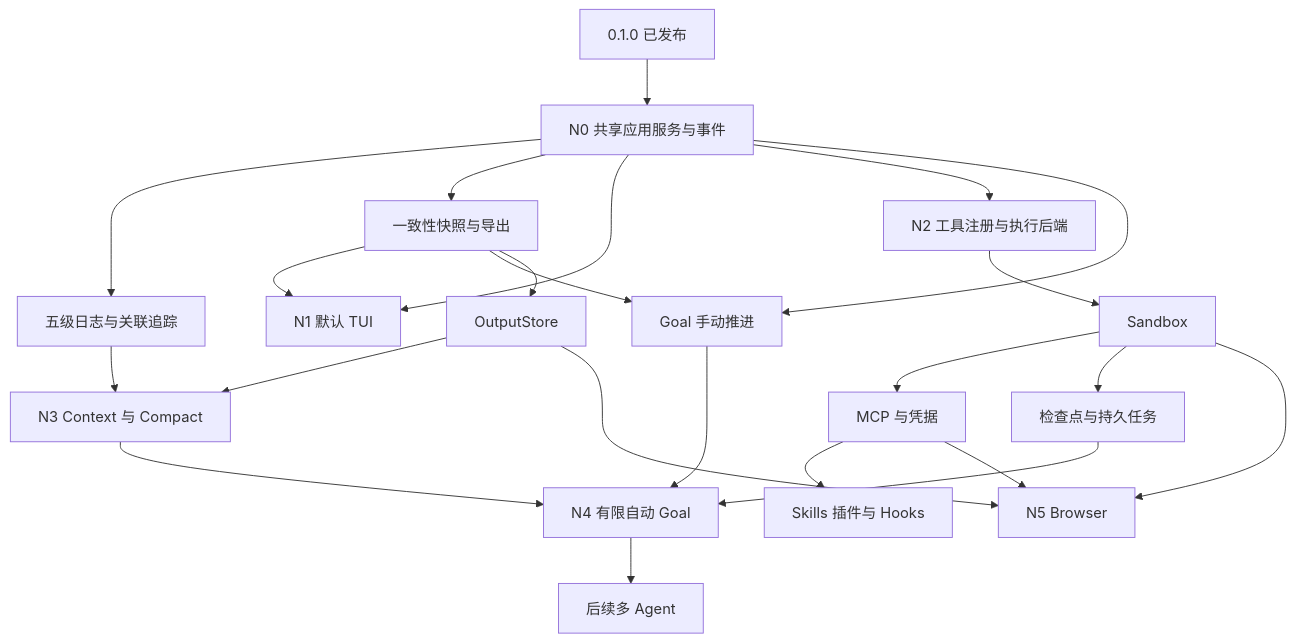
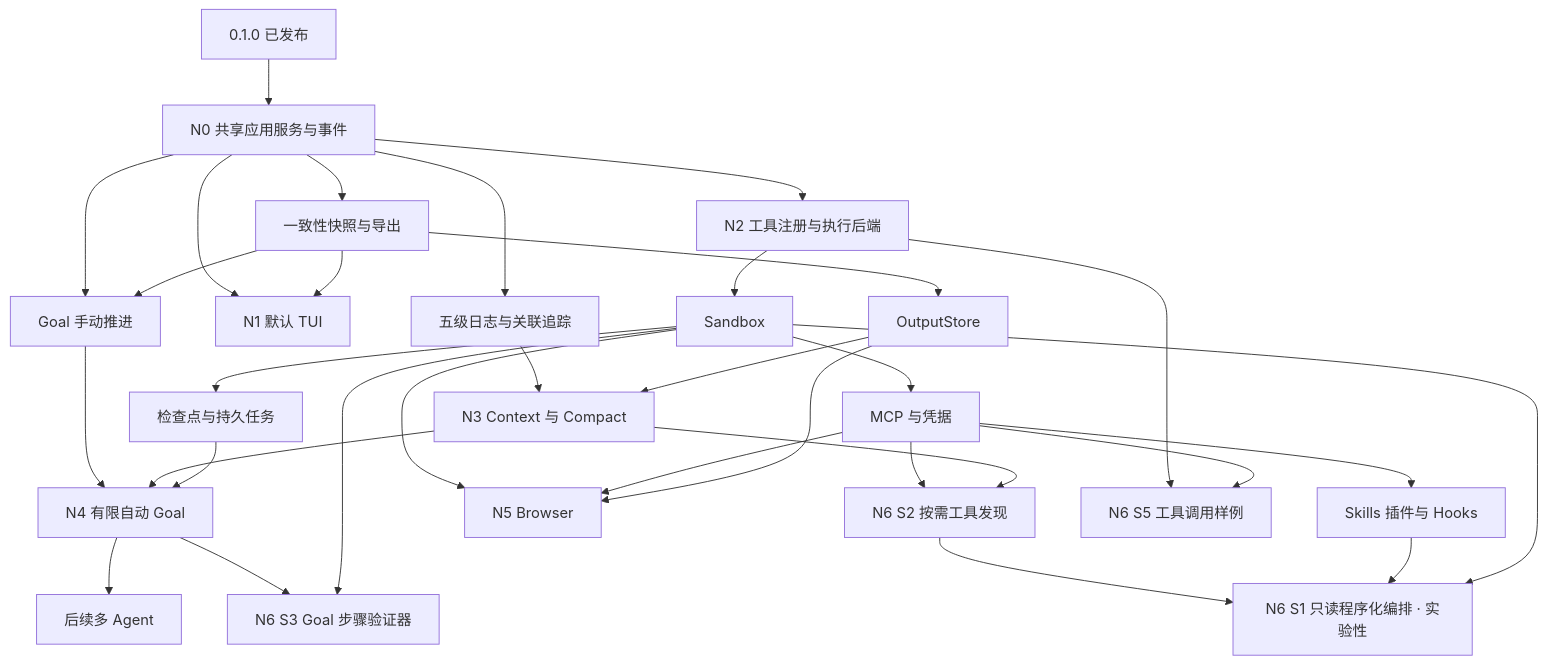
One commit to Ariakage/saya-harness changed the diagram in docs/post-mvp-plan.md. Above: the diagram before and after it, drawn with Mermaid. The commit also changed other lines of this file and 6 other files, not shown here.

````diff
--- a/docs/post-mvp-plan.md
+++ b/docs/post-mvp-plan.md
@@ -39,25 +40,34 @@
 ```mermaid
 flowchart TD
     V[0.1.0 已发布] --> APP[N0 共享应用服务与事件]
     APP --> OBS[五级日志与关联追踪]
     APP --> EXP[一致性快照与导出]
     APP --> TUI[N1 默认 TUI]
     EXP --> TUI
     APP --> REG[N2 工具注册与执行后端]
     REG --> BOX[Sandbox]
     BOX --> MCP[MCP 与凭据]
     OBS --> CTX[N3 Context 与 Compact]
     MCP --> EXT[Skills 插件与 Hooks]
     BOX --> CHECK[检查点与持久任务]
     APP --> GM[Goal 手动推进]
     EXP --> GM
     GM --> GA[N4 有限自动 Goal]
     CTX --> GA
     CHECK --> GA
     GA --> MULTI[后续多 Agent]
     BOX --> BR[N5 Browser]
     MCP --> BR
     EXP --> OUT[OutputStore]
     OUT --> CTX
     OUT --> BR
+    MCP --> TD[N6 S2 按需工具发现]
+    CTX --> TD
+    REG --> EX[N6 S5 工具调用样例]
+    MCP --> EX
+    GA --> GV[N6 S3 Goal 步骤验证器]
+    BOX --> GV
+    TD --> CM[N6 S1 只读程序化编排 · 实验性]
+    EXT --> CM
+    BOX --> CM
 ```
````
